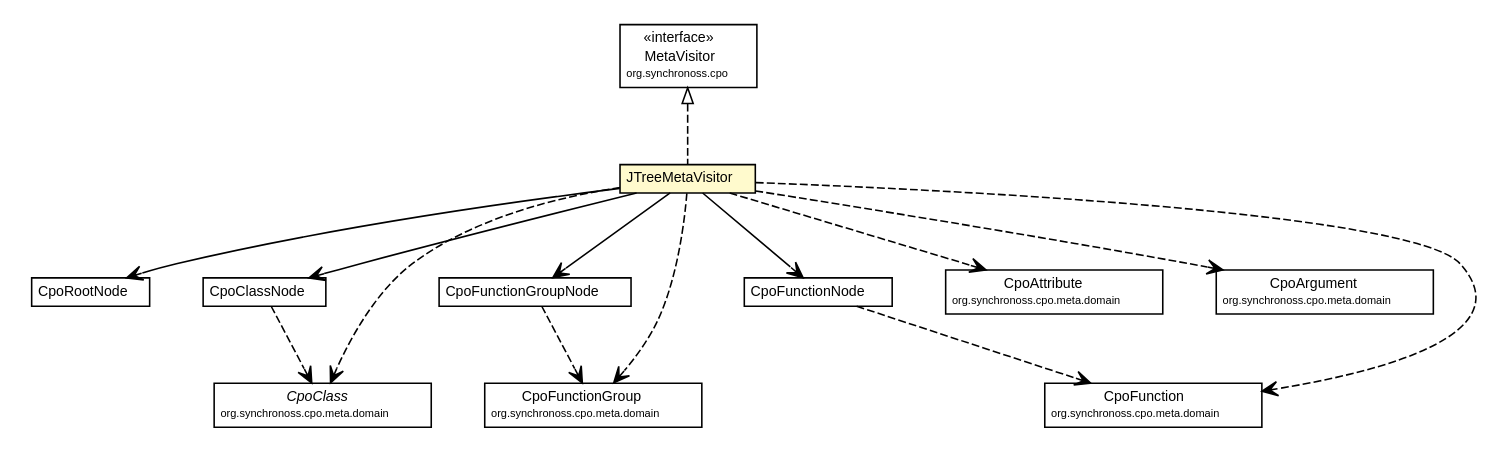
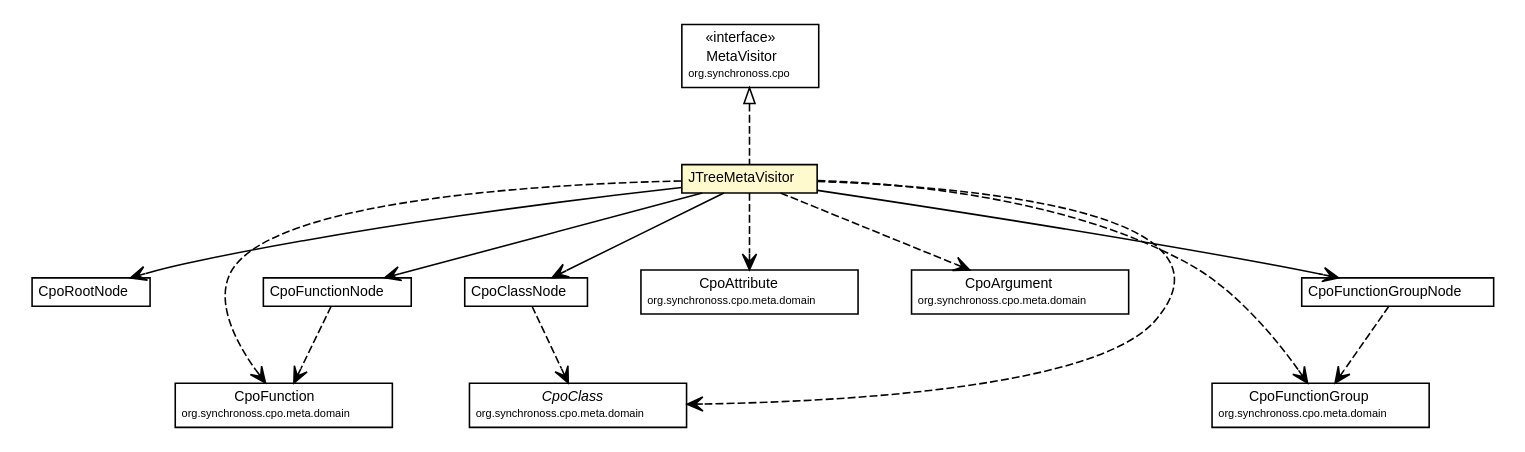
One commit to synchronoss/cpo-util changed the diagram in site/apidocs/org/synchronoss/cpo/util/JTreeMetaVisitor.dot. Above: the diagram before and after it, drawn with Graphviz. The commit also changed 296 other files, not shown here.

Commit message:
Creating site for cpoUtil, 5.1.1-SNAPSHOT

```diff
--- a/site/apidocs/org/synchronoss/cpo/util/JTreeMetaVisitor.dot
+++ b/site/apidocs/org/synchronoss/cpo/util/JTreeMetaVisitor.dot
@@ -1,109 +1,109 @@
 #!/usr/local/bin/dot
 #
 # Class diagram 
 # Generated by UmlGraph version 4.6 (http://www.spinellis.gr/sw/umlgraph)
 #
 
 digraph G {
 	edge [fontname="Helvetica",fontsize=10,labelfontname="Helvetica",labelfontsize=10];
 	node [fontname="Helvetica",fontsize=10,shape=plaintext];
 	// org.synchronoss.cpo.util.JTreeMetaVisitor
 	c1707 [label=<<table border="0" cellborder="1" cellspacing="0" cellpadding="2" port="p" bgcolor="lemonChiffon" href="./JTreeMetaVisitor.html">
 		<tr><td><table border="0" cellspacing="0" cellpadding="1">
 			<tr><td> JTreeMetaVisitor </td></tr>
 		</table></td></tr>
 		</table>>, fontname="Helvetica", fontcolor="black", fontsize=9.0];
 	// org.synchronoss.cpo.util.CpoRootNode
 	c1715 [label=<<table border="0" cellborder="1" cellspacing="0" cellpadding="2" port="p" href="./CpoRootNode.html">
 		<tr><td><table border="0" cellspacing="0" cellpadding="1">
 			<tr><td> CpoRootNode </td></tr>
 		</table></td></tr>
 		</table>>, fontname="Helvetica", fontcolor="black", fontsize=9.0];
 	// org.synchronoss.cpo.util.CpoFunctionNode
 	c1721 [label=<<table border="0" cellborder="1" cellspacing="0" cellpadding="2" port="p" href="./CpoFunctionNode.html">
 		<tr><td><table border="0" cellspacing="0" cellpadding="1">
 			<tr><td> CpoFunctionNode </td></tr>
 		</table></td></tr>
 		</table>>, fontname="Helvetica", fontcolor="black", fontsize=9.0];
 	// org.synchronoss.cpo.util.CpoClassNode
 	c1723 [label=<<table border="0" cellborder="1" cellspacing="0" cellpadding="2" port="p" href="./CpoClassNode.html">
 		<tr><td><table border="0" cellspacing="0" cellpadding="1">
 			<tr><td> CpoClassNode </td></tr>
 		</table></td></tr>
 		</table>>, fontname="Helvetica", fontcolor="black", fontsize=9.0];
 	// org.synchronoss.cpo.util.CpoFunctionGroupNode
 	c1728 [label=<<table border="0" cellborder="1" cellspacing="0" cellpadding="2" port="p" href="./CpoFunctionGroupNode.html">
 		<tr><td><table border="0" cellspacing="0" cellpadding="1">
 			<tr><td> CpoFunctionGroupNode </td></tr>
 		</table></td></tr>
 		</table>>, fontname="Helvetica", fontcolor="black", fontsize=9.0];
 	//org.synchronoss.cpo.util.JTreeMetaVisitor implements org.synchronoss.cpo.MetaVisitor
 	c1764:p -> c1707:p [dir=back,arrowtail=empty,style=dashed];
 	// org.synchronoss.cpo.util.JTreeMetaVisitor NAVASSOC org.synchronoss.cpo.util.CpoRootNode
 	c1707:p -> c1715:p [taillabel="", label="", headlabel="", fontname="Helvetica", fontcolor="black", fontsize=10.0, color="black", arrowhead=open];
 	// org.synchronoss.cpo.util.JTreeMetaVisitor NAVASSOC org.synchronoss.cpo.util.CpoClassNode
 	c1707:p -> c1723:p [taillabel="", label="", headlabel="", fontname="Helvetica", fontcolor="black", fontsize=10.0, color="black", arrowhead=open];
 	// org.synchronoss.cpo.util.JTreeMetaVisitor NAVASSOC org.synchronoss.cpo.util.CpoFunctionGroupNode
 	c1707:p -> c1728:p [taillabel="", label="", headlabel="", fontname="Helvetica", fontcolor="black", fontsize=10.0, color="black", arrowhead=open];
 	// org.synchronoss.cpo.util.JTreeMetaVisitor NAVASSOC org.synchronoss.cpo.util.CpoFunctionNode
 	c1707:p -> c1721:p [taillabel="", label="", headlabel="", fontname="Helvetica", fontcolor="black", fontsize=10.0, color="black", arrowhead=open];
+	// org.synchronoss.cpo.util.JTreeMetaVisitor DEPEND org.synchronoss.cpo.meta.domain.CpoAttribute
+	c1707:p -> c1765:p [taillabel="", label="", headlabel="", fontname="Helvetica", fontcolor="black", fontsize=10.0, color="black", arrowhead=open, style=dashed];
+	// org.synchronoss.cpo.util.JTreeMetaVisitor DEPEND org.synchronoss.cpo.meta.domain.CpoArgument
+	c1707:p -> c1766:p [taillabel="", label="", headlabel="", fontname="Helvetica", fontcolor="black", fontsize=10.0, color="black", arrowhead=open, style=dashed];
+	// org.synchronoss.cpo.util.JTreeMetaVisitor DEPEND org.synchronoss.cpo.meta.domain.CpoFunction
+	c1707:p -> c1767:p [taillabel="", label="", headlabel="", fontname="Helvetica", fontcolor="black", fontsize=10.0, color="black", arrowhead=open, style=dashed];
 	// org.synchronoss.cpo.util.JTreeMetaVisitor DEPEND org.synchronoss.cpo.meta.domain.CpoFunctionGroup
-	c1707:p -> c1766:p [taillabel="", label="", headlabel="", fontname="Helvetica", fontcolor="black", fontsize=10.0, color="black", arrowhead=open, style=dashed];
+	c1707:p -> c1769:p [taillabel="", label="", headlabel="", fontname="Helvetica", fontcolor="black", fontsize=10.0, color="black", arrowhead=open, style=dashed];
 	// org.synchronoss.cpo.util.JTreeMetaVisitor DEPEND org.synchronoss.cpo.meta.domain.CpoClass
-	c1707:p -> c1767:p [taillabel="", label="", headlabel="", fontname="Helvetica", fontcolor="black", fontsize=10.0, color="black", arrowhead=open, style=dashed];
-	// org.synchronoss.cpo.util.JTreeMetaVisitor DEPEND org.synchronoss.cpo.meta.domain.CpoAttribute
-	c1707:p -> c1768:p [taillabel="", label="", headlabel="", fontname="Helvetica", fontcolor="black", fontsize=10.0, color="black", arrowhead=open, style=dashed];
-	// org.synchronoss.cpo.util.JTreeMetaVisitor DEPEND org.synchronoss.cpo.meta.domain.CpoArgument
-	c1707:p -> c1769:p [taillabel="", label="", headlabel="", fontname="Helvetica", fontcolor="black", fontsize=10.0, color="black", arrowhead=open, style=dashed];
-	// org.synchronoss.cpo.util.JTreeMetaVisitor DEPEND org.synchronoss.cpo.meta.domain.CpoFunction
 	c1707:p -> c1770:p [taillabel="", label="", headlabel="", fontname="Helvetica", fontcolor="black", fontsize=10.0, color="black", arrowhead=open, style=dashed];
 	// org.synchronoss.cpo.util.CpoFunctionNode DEPEND org.synchronoss.cpo.meta.domain.CpoFunction
-	c1721:p -> c1770:p [taillabel="", label="", headlabel="", fontname="Helvetica", fontcolor="black", fontsize=10.0, color="black", arrowhead=open, style=dashed];
+	c1721:p -> c1767:p [taillabel="", label="", headlabel="", fontname="Helvetica", fontcolor="black", fontsize=10.0, color="black", arrowhead=open, style=dashed];
 	// org.synchronoss.cpo.util.CpoClassNode DEPEND org.synchronoss.cpo.meta.domain.CpoClass
-	c1723:p -> c1767:p [taillabel="", label="", headlabel="", fontname="Helvetica", fontcolor="black", fontsize=10.0, color="black", arrowhead=open, style=dashed];
+	c1723:p -> c1770:p [taillabel="", label="", headlabel="", fontname="Helvetica", fontcolor="black", fontsize=10.0, color="black", arrowhead=open, style=dashed];
 	// org.synchronoss.cpo.util.CpoFunctionGroupNode DEPEND org.synchronoss.cpo.meta.domain.CpoFunctionGroup
-	c1728:p -> c1766:p [taillabel="", label="", headlabel="", fontname="Helvetica", fontcolor="black", fontsize=10.0, color="black", arrowhead=open, style=dashed];
+	c1728:p -> c1769:p [taillabel="", label="", headlabel="", fontname="Helvetica", fontcolor="black", fontsize=10.0, color="black", arrowhead=open, style=dashed];
 	// org.synchronoss.cpo.meta.domain.CpoClass
-	c1767 [label=<<table border="0" cellborder="1" cellspacing="0" cellpadding="2" port="p" href="http://java.sun.com/j2se/1.4.2/docs/api/org/synchronoss/cpo/meta/domain/CpoClass.html">
+	c1770 [label=<<table border="0" cellborder="1" cellspacing="0" cellpadding="2" port="p" href="http://java.sun.com/j2se/1.4.2/docs/api/org/synchronoss/cpo/meta/domain/CpoClass.html">
 		<tr><td><table border="0" cellspacing="0" cellpadding="1">
 			<tr><td><font face="Helvetica-Oblique"> CpoClass </font></td></tr>
 			<tr><td><font point-size="7.0"> org.synchronoss.cpo.meta.domain </font></td></tr>
 		</table></td></tr>
 		</table>>, fontname="Helvetica", fontcolor="black", fontsize=9.0];
 	// org.synchronoss.cpo.meta.domain.CpoArgument
-	c1769 [label=<<table border="0" cellborder="1" cellspacing="0" cellpadding="2" port="p" href="http://java.sun.com/j2se/1.4.2/docs/api/org/synchronoss/cpo/meta/domain/CpoArgument.html">
+	c1766 [label=<<table border="0" cellborder="1" cellspacing="0" cellpadding="2" port="p" href="http://java.sun.com/j2se/1.4.2/docs/api/org/synchronoss/cpo/meta/domain/CpoArgument.html">
 		<tr><td><table border="0" cellspacing="0" cellpadding="1">
 			<tr><td> CpoArgument </td></tr>
 			<tr><td><font point-size="7.0"> org.synchronoss.cpo.meta.domain </font></td></tr>
 		</table></td></tr>
 		</table>>, fontname="Helvetica", fontcolor="black", fontsize=9.0];
 	// org.synchronoss.cpo.meta.domain.CpoAttribute
-	c1768 [label=<<table border="0" cellborder="1" cellspacing="0" cellpadding="2" port="p" href="http://java.sun.com/j2se/1.4.2/docs/api/org/synchronoss/cpo/meta/domain/CpoAttribute.html">
+	c1765 [label=<<table border="0" cellborder="1" cellspacing="0" cellpadding="2" port="p" href="http://java.sun.com/j2se/1.4.2/docs/api/org/synchronoss/cpo/meta/domain/CpoAttribute.html">
 		<tr><td><table border="0" cellspacing="0" cellpadding="1">
 			<tr><td> CpoAttribute </td></tr>
 			<tr><td><font point-size="7.0"> org.synchronoss.cpo.meta.domain </font></td></tr>
 		</table></td></tr>
 		</table>>, fontname="Helvetica", fontcolor="black", fontsize=9.0];
 	// org.synchronoss.cpo.meta.domain.CpoFunction
-	c1770 [label=<<table border="0" cellborder="1" cellspacing="0" cellpadding="2" port="p" href="http://java.sun.com/j2se/1.4.2/docs/api/org/synchronoss/cpo/meta/domain/CpoFunction.html">
+	c1767 [label=<<table border="0" cellborder="1" cellspacing="0" cellpadding="2" port="p" href="http://java.sun.com/j2se/1.4.2/docs/api/org/synchronoss/cpo/meta/domain/CpoFunction.html">
 		<tr><td><table border="0" cellspacing="0" cellpadding="1">
 			<tr><td> CpoFunction </td></tr>
 			<tr><td><font point-size="7.0"> org.synchronoss.cpo.meta.domain </font></td></tr>
 		</table></td></tr>
 		</table>>, fontname="Helvetica", fontcolor="black", fontsize=9.0];
 	// org.synchronoss.cpo.meta.domain.CpoFunctionGroup
-	c1766 [label=<<table border="0" cellborder="1" cellspacing="0" cellpadding="2" port="p" href="http://java.sun.com/j2se/1.4.2/docs/api/org/synchronoss/cpo/meta/domain/CpoFunctionGroup.html">
+	c1769 [label=<<table border="0" cellborder="1" cellspacing="0" cellpadding="2" port="p" href="http://java.sun.com/j2se/1.4.2/docs/api/org/synchronoss/cpo/meta/domain/CpoFunctionGroup.html">
 		<tr><td><table border="0" cellspacing="0" cellpadding="1">
 			<tr><td> CpoFunctionGroup </td></tr>
 			<tr><td><font point-size="7.0"> org.synchronoss.cpo.meta.domain </font></td></tr>
 		</table></td></tr>
 		</table>>, fontname="Helvetica", fontcolor="black", fontsize=9.0];
 	// org.synchronoss.cpo.MetaVisitor
 	c1764 [label=<<table border="0" cellborder="1" cellspacing="0" cellpadding="2" port="p" href="http://java.sun.com/j2se/1.4.2/docs/api/org/synchronoss/cpo/MetaVisitor.html">
 		<tr><td><table border="0" cellspacing="0" cellpadding="1">
 			<tr><td> &laquo;interface&raquo; </td></tr>
 			<tr><td> MetaVisitor </td></tr>
 			<tr><td><font point-size="7.0"> org.synchronoss.cpo </font></td></tr>
 		</table></td></tr>
 		</table>>, fontname="Helvetica", fontcolor="black", fontsize=9.0];
 }
```
